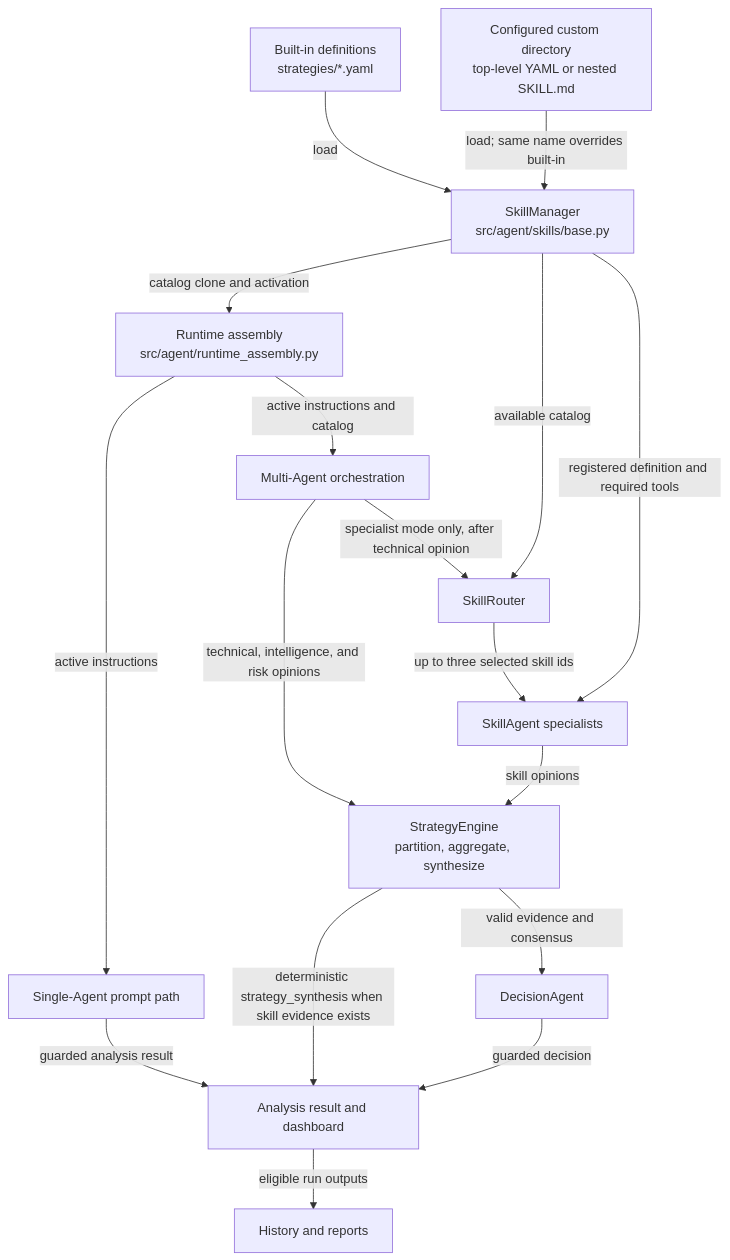
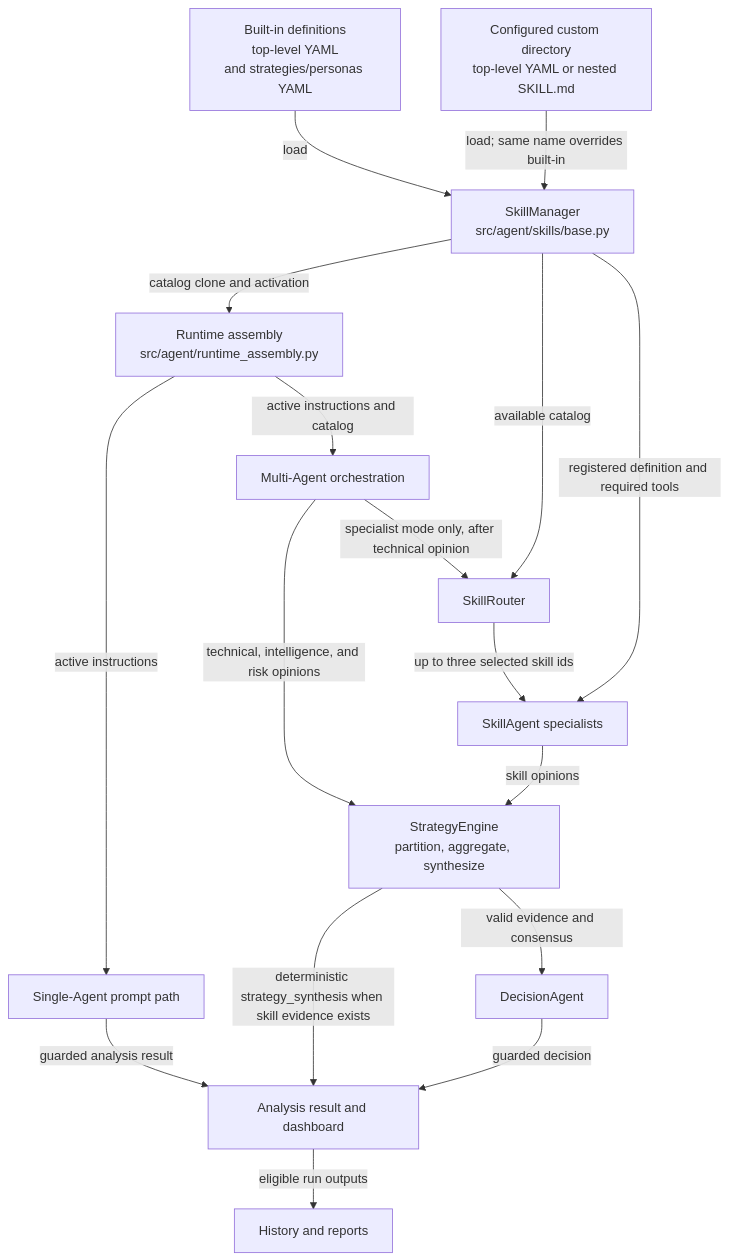
The third of 3 diagrams in docs/architecture-overview.md (SiinXu/stock-pulse-ai), drawn with Mermaid before and after one commit. The commit also changed other lines of this file and 14 other files, not shown here.

````diff
--- a/docs/architecture-overview.md
+++ b/docs/architecture-overview.md
@@ -209,21 +209,21 @@
 ```mermaid
 flowchart TB
-  BUILTIN[Built-in definitions<br/>strategies/*.yaml] -->|load| MANAGER[SkillManager<br/>src/agent/skills/base.py]
+  BUILTIN[Built-in definitions<br/>top-level YAML<br/>and strategies/personas YAML] -->|load| MANAGER[SkillManager<br/>src/agent/skills/base.py]
   CUSTOM[Configured custom directory<br/>top-level YAML or nested SKILL.md] -->|load; same name overrides built-in| MANAGER
   MANAGER -->|catalog clone and activation| ASSEMBLY[Runtime assembly<br/>src/agent/runtime_assembly.py]
 
   ASSEMBLY -->|active instructions| SINGLE[Single-Agent prompt path]
   SINGLE -->|guarded analysis result| RESULT[Analysis result and dashboard]
 
   ASSEMBLY -->|active instructions and catalog| MULTI[Multi-Agent orchestration]
   MULTI -->|technical, intelligence, and risk opinions| ENGINE[StrategyEngine<br/>partition, aggregate, synthesize]
   MULTI -->|specialist mode only, after technical opinion| ROUTER[SkillRouter]
   MANAGER -->|available catalog| ROUTER
   ROUTER -->|up to three selected skill ids| AGENTS[SkillAgent specialists]
   MANAGER -->|registered definition and required tools| AGENTS
   AGENTS -->|skill opinions| ENGINE
   ENGINE -->|valid evidence and consensus| DECISION[DecisionAgent]
   ENGINE -->|deterministic strategy_synthesis when skill evidence exists| RESULT
   DECISION -->|guarded decision| RESULT
   RESULT -->|eligible run outputs| CONSUMERS[History and reports]
 ```
````
